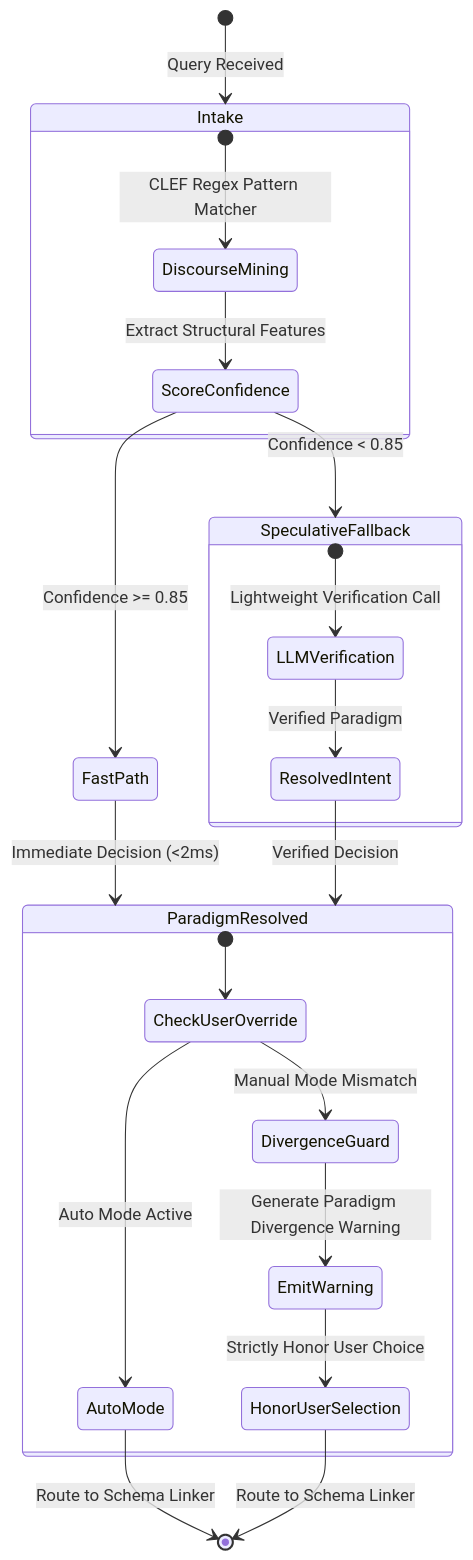
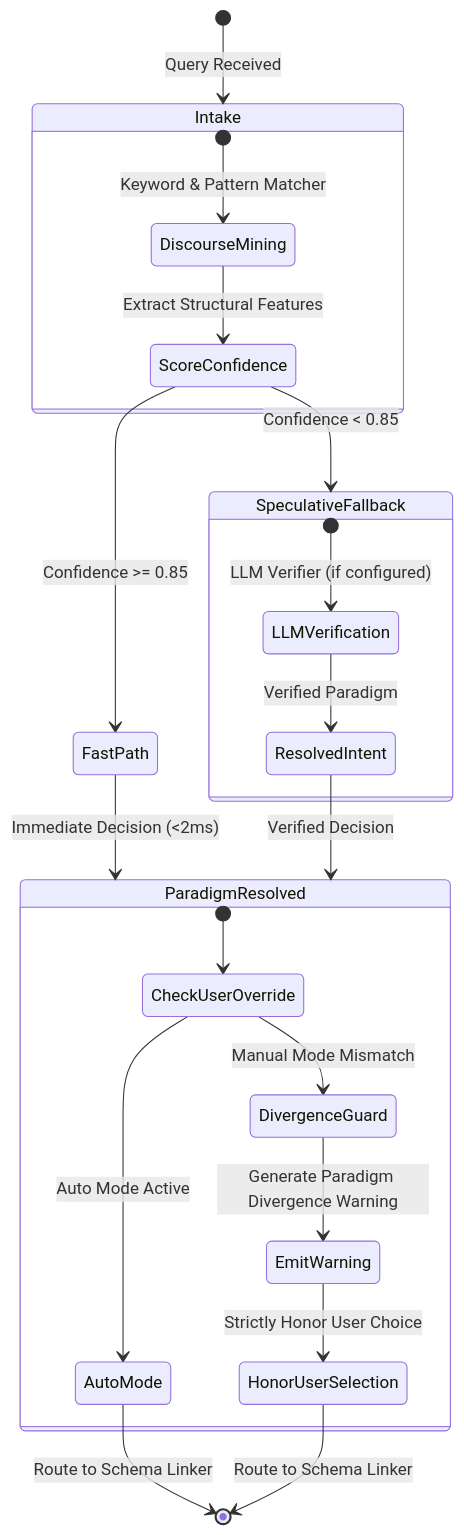
One commit to VanshikaKritiSingh/NL2SQL changed the second of 4 diagrams in core/README.md. Above: the diagram before and after it, drawn with Mermaid. The commit also changed other lines of this file and 28 other files, not shown here.

````diff
--- a/core/README.md
+++ b/core/README.md
@@ -83,31 +83,31 @@
 ```mermaid
 stateDiagram-v2
     [*] --> Intake: Query Received
     
     state Intake {
-        [*] --> DiscourseMining: CLEF Regex Pattern Matcher
+        [*] --> DiscourseMining: Keyword & Pattern Matcher
         DiscourseMining --> ScoreConfidence: Extract Structural Features
     }
     
     ScoreConfidence --> FastPath: Confidence >= 0.85
     ScoreConfidence --> SpeculativeFallback: Confidence < 0.85
     
     state SpeculativeFallback {
-        [*] --> LLMVerification: Lightweight Verification Call
+        [*] --> LLMVerification: LLM Verifier (if configured)
         LLMVerification --> ResolvedIntent: Verified Paradigm
     }
     
     FastPath --> ParadigmResolved: Immediate Decision (<2ms)
     ResolvedIntent --> ParadigmResolved: Verified Decision
     
     state ParadigmResolved {
         [*] --> CheckUserOverride
         CheckUserOverride --> AutoMode: Auto Mode Active
         CheckUserOverride --> DivergenceGuard: Manual Mode Mismatch
         DivergenceGuard --> EmitWarning: Generate Paradigm Divergence Warning
         EmitWarning --> HonorUserSelection: Strictly Honor User Choice
     }
     
     AutoMode --> [*]: Route to Schema Linker
     HonorUserSelection --> [*]: Route to Schema Linker
 ```
````
